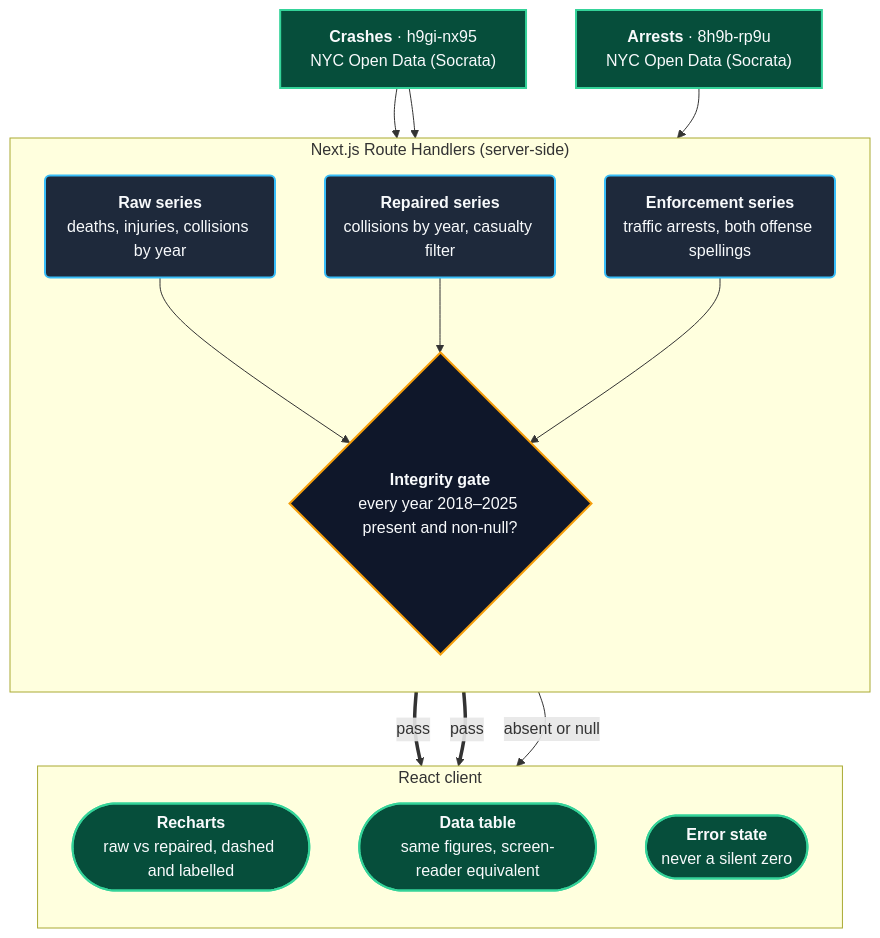
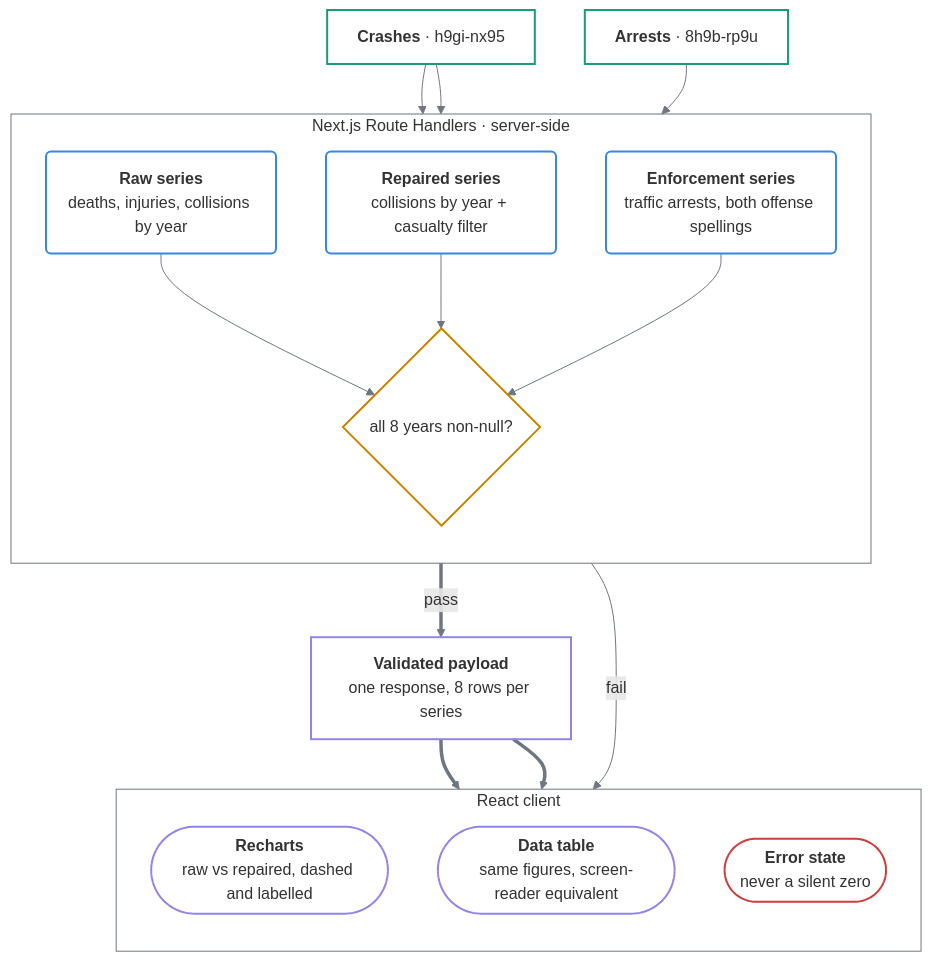
One commit to rhaeyyan/pursuit-mvcc-data-integrity changed the diagram in README.md. Above: the diagram before and after it, drawn with Mermaid. The commit also changed other lines of this file and 1 other file, not shown here.

````diff
--- a/README.md
+++ b/README.md
@@ -52,50 +54,58 @@
 ```mermaid
 flowchart TD
-    classDef source fill:#064e3b,stroke:#34d399,stroke-width:2px,color:#f8fafc;
-    classDef service fill:#1e293b,stroke:#38bdf8,stroke-width:2px,color:#f8fafc;
-    classDef gate fill:#0f172a,stroke:#f59e0b,stroke-width:2px,color:#f8fafc;
+    classDef source stroke:#199e70,stroke-width:2px,fill:none;
+    classDef service stroke:#3987e5,stroke-width:2px,fill:none;
+    classDef gate stroke:#c98500,stroke-width:2px,fill:none;
+    classDef output stroke:#9085e9,stroke-width:2px,fill:none;
+    classDef failure stroke:#d03b3b,stroke-width:2px,fill:none;
 
-    Crashes["`**Crashes** · h9gi-nx95
-NYC Open Data (Socrata)`"]
-    Arrests["`**Arrests** · 8h9b-rp9u
-NYC Open Data (Socrata)`"]
+    Crashes["`**Crashes** · h9gi-nx95`"]
+    Arrests["`**Arrests** · 8h9b-rp9u`"]
 
-    subgraph Server ["Next.js Route Handlers (server-side)"]
+    subgraph Server ["Next.js Route Handlers · server-side"]
         direction TB
         QRaw("`**Raw series**
 deaths, injuries, collisions by year`")
         QRepaired("`**Repaired series**
-collisions by year, casualty filter`")
+collisions by year + casualty filter`")
         QArrests("`**Enforcement series**
 traffic arrests, both offense spellings`")
-        Gate{"`**Integrity gate**
-every year 2018–2025 present and non-null?`"}
+        Gate{"all 8 years non-null?"}
     end
+
+    Payload["`**Validated payload**
+one response, 8 rows per series`"]
 
     subgraph Client ["React client"]
         direction TB
         Chart(["`**Recharts**
 raw vs repaired, dashed and labelled`"])
         Table(["`**Data table**
 same figures, screen-reader equivalent`"])
         Failure(["`**Error state**
 never a silent zero`"])
     end
 
     Crashes --> QRaw
     Crashes --> QRepaired
     Arrests --> QArrests
 
     QRaw --> Gate
     QRepaired --> Gate
     QArrests --> Gate
 
-    Gate ==>|pass| Chart
-    Gate ==>|pass| Table
-    Gate -->|"absent or null"| Failure
+    Gate ==>|pass| Payload
+    Gate -->|fail| Failure
+    Payload ==> Chart
+    Payload ==> Table
+
+    linkStyle default stroke:#6e7781
+    style Server fill:none,stroke:#6e7781
+    style Client fill:none,stroke:#6e7781
 
     class Crashes,Arrests source;
     class QRaw,QRepaired,QArrests service;
     class Gate gate;
-    class Chart,Table,Failure source;
+    class Payload,Chart,Table output;
+    class Failure failure;
 ```
````
